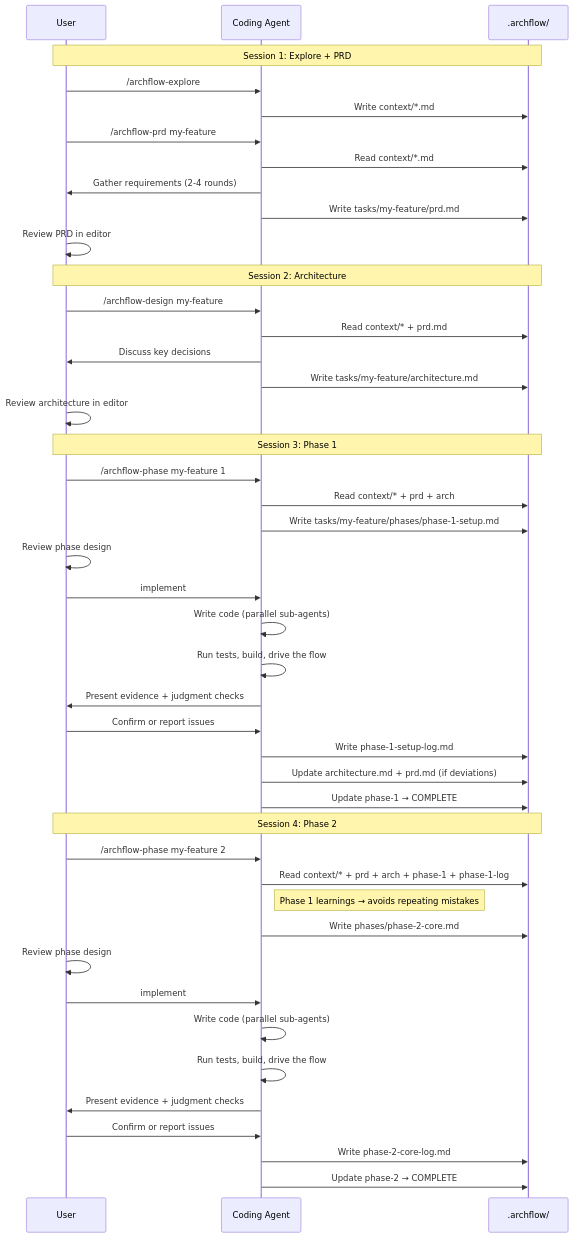
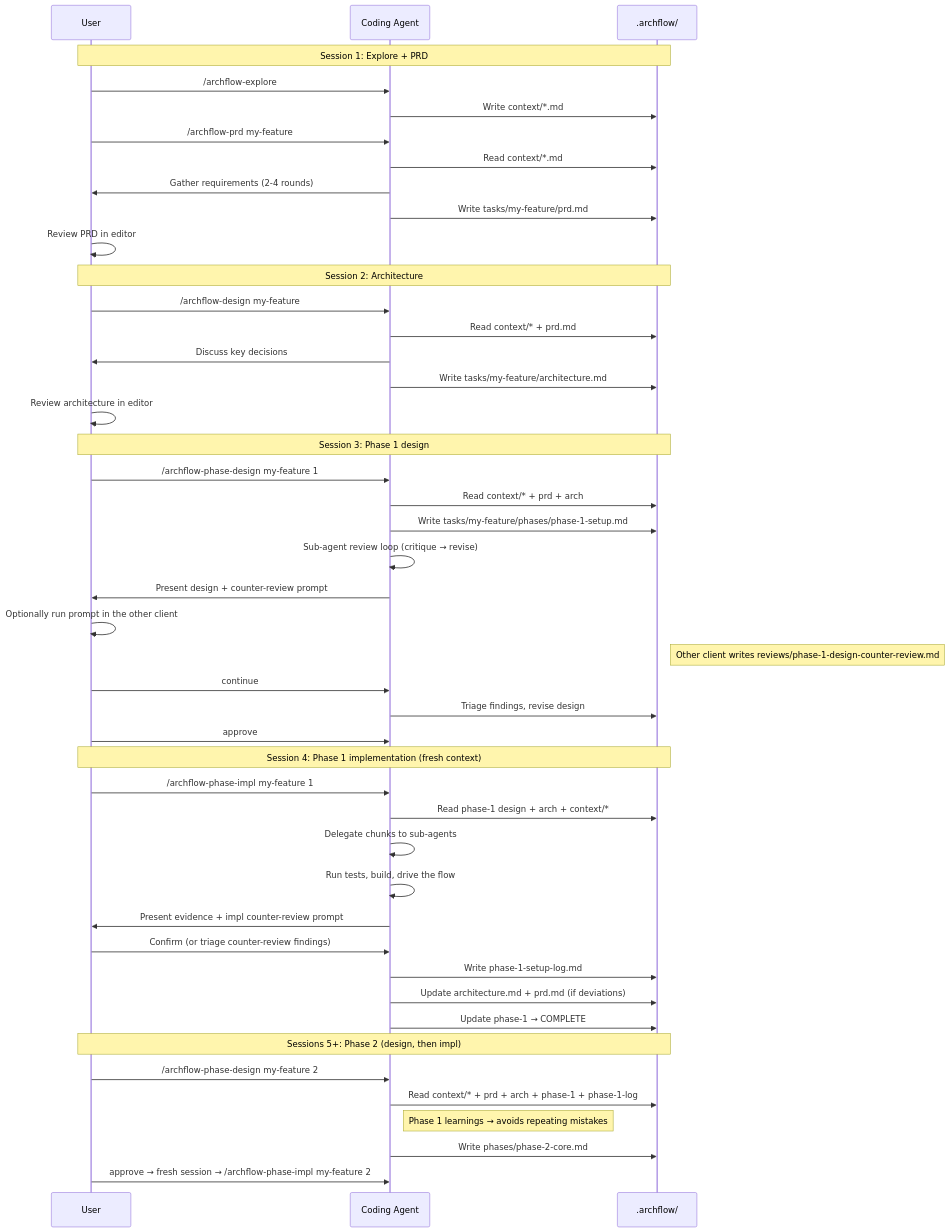
The tenth of 13 diagrams in docs/archflow-process.md (Aroton/ArchflowV2), drawn with Mermaid before and after one commit. The commit also changed other lines of this file and 9 other files, not shown here.

First line of the commit message:
Split phase into design/impl skills, add review loops and counter-review prompts

````diff
--- a/docs/archflow-process.md
+++ b/docs/archflow-process.md
@@ -349,51 +412,53 @@
 ```mermaid
 sequenceDiagram
     participant U as User
     participant C as Coding Agent
     participant FS as .archflow/
 
     Note over U,FS: Session 1: Explore + PRD
     U->>C: /archflow-explore
     C->>FS: Write context/*.md
 
     U->>C: /archflow-prd my-feature
     C->>FS: Read context/*.md
     C->>U: Gather requirements (2-4 rounds)
     C->>FS: Write tasks/my-feature/prd.md
     U->>U: Review PRD in editor
 
     Note over U,FS: Session 2: Architecture
     U->>C: /archflow-design my-feature
     C->>FS: Read context/* + prd.md
     C->>U: Discuss key decisions
     C->>FS: Write tasks/my-feature/architecture.md
     U->>U: Review architecture in editor
 
-    Note over U,FS: Session 3: Phase 1
-    U->>C: /archflow-phase my-feature 1
+    Note over U,FS: Session 3: Phase 1 design
+    U->>C: /archflow-phase-design my-feature 1
     C->>FS: Read context/* + prd + arch
     C->>FS: Write tasks/my-feature/phases/phase-1-setup.md
-    U->>U: Review phase design
-    U->>C: implement
-    C->>C: Write code (parallel sub-agents)
+    C->>C: Sub-agent review loop (critique → revise)
+    C->>U: Present design + counter-review prompt
+    U->>U: Optionally run prompt in the other client
+    Note right of FS: Other client writes reviews/phase-1-design-counter-review.md
+    U->>C: continue
+    C->>FS: Triage findings, revise design
+    U->>C: approve
+
+    Note over U,FS: Session 4: Phase 1 implementation (fresh context)
+    U->>C: /archflow-phase-impl my-feature 1
+    C->>FS: Read phase-1 design + arch + context/*
+    C->>C: Delegate chunks to sub-agents
     C->>C: Run tests, build, drive the flow
-    C->>U: Present evidence + judgment checks
-    U->>C: Confirm or report issues
+    C->>U: Present evidence + impl counter-review prompt
+    U->>C: Confirm (or triage counter-review findings)
     C->>FS: Write phase-1-setup-log.md
     C->>FS: Update architecture.md + prd.md (if deviations)
     C->>FS: Update phase-1 → COMPLETE
 
-    Note over U,FS: Session 4: Phase 2
-    U->>C: /archflow-phase my-feature 2
+    Note over U,FS: Sessions 5+: Phase 2 (design, then impl)
+    U->>C: /archflow-phase-design my-feature 2
     C->>FS: Read context/* + prd + arch + phase-1 + phase-1-log
     Note right of C: Phase 1 learnings → avoids repeating mistakes
     C->>FS: Write phases/phase-2-core.md
-    U->>U: Review phase design
-    U->>C: implement
-    C->>C: Write code (parallel sub-agents)
-    C->>C: Run tests, build, drive the flow
-    C->>U: Present evidence + judgment checks
-    U->>C: Confirm or report issues
-    C->>FS: Write phase-2-core-log.md
-    C->>FS: Update phase-2 → COMPLETE
+    U->>C: approve → fresh session → /archflow-phase-impl my-feature 2
 ```
````
